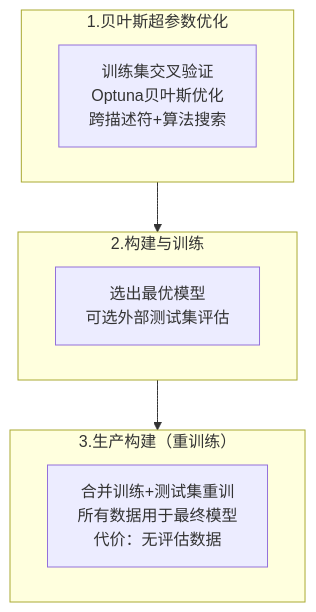
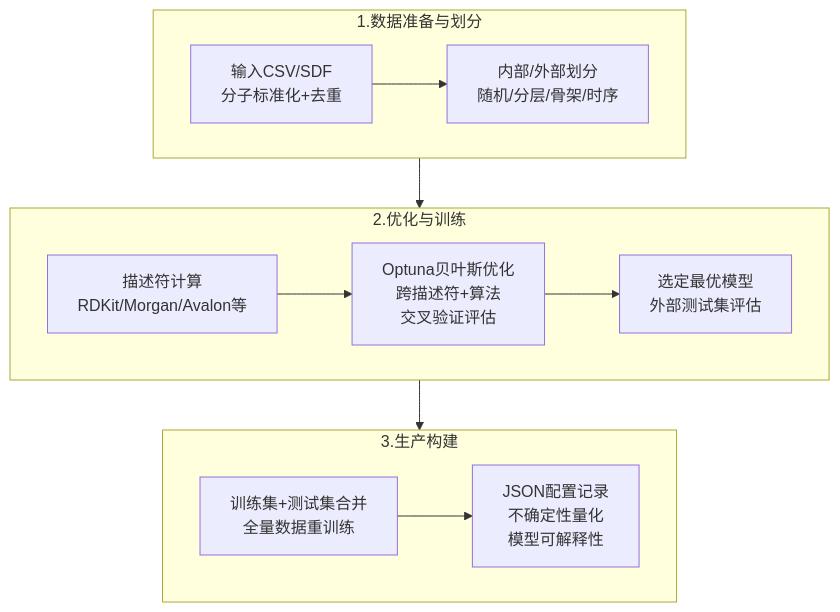
The diagram in _pages/Machine Learning & AI/Workflow & Agent/2026-07-22-qsartuna-qsar-platform.md (gxf1212/mendelevium), drawn with Mermaid before and after one commit. The commit also changed other lines of this file and 267 other files, not shown here.

````diff
--- a/_pages/Machine Learning & AI/Workflow & Agent/2026-07-22-qsartuna-qsar-platform.md
+++ b/_pages/Machine Learning & AI/Workflow & Agent/2026-07-22-qsartuna-qsar-platform.md
@@ -86,13 +92,20 @@
 ```mermaid
 graph TB
-    subgraph S1["1.贝叶斯超参数优化"]
-        A1["训练集交叉验证<br/>Optuna贝叶斯优化<br/>跨描述符+算法搜索"]
+    subgraph S1["1.数据准备与划分"]
+        direction LR
+        D1["输入CSV/SDF<br/>分子标准化+去重"] --> D2["内部/外部划分<br/>随机/分层/骨架/时序"]
     end
-    subgraph S2["2.构建与训练"]
-        A2["选出最优模型<br/>可选外部测试集评估"]
+
+    subgraph S2["2.优化与训练"]
+        direction LR
+        D3["描述符计算<br/>RDKit/Morgan/Avalon等"] --> D4["Optuna贝叶斯优化<br/>跨描述符+算法<br/>交叉验证评估"]
+        D4 --> D5["选定最优模型<br/>外部测试集评估"]
     end
-    subgraph S3["3.生产构建（重训练）"]
-        A3["合并训练+测试集重训<br/>所有数据用于最终模型<br/>代价：无评估数据"]
+
+    subgraph S3["3.生产构建"]
+        direction LR
+        D6["训练集+测试集合并<br/>全量数据重训练"] --> D7["JSON配置记录<br/>不确定性量化<br/>模型可解释性"]
     end
+
     S1 --> S2 --> S3
 ```
````
